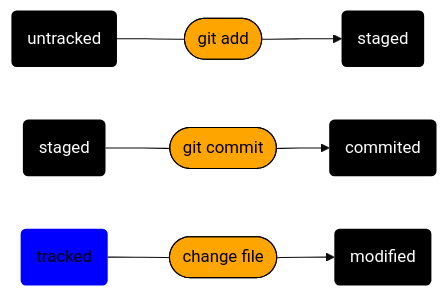
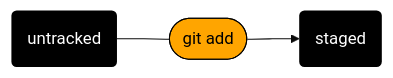
The second of 3 diagrams in README.md (Botalchik/Second-project), drawn with Mermaid (base theme) before and after one commit.

Commit message:
Создать гайд по Git: добавлены разделы Статусы в Git, подсказки; фикс формата

````diff
--- a/README.md
+++ b/README.md
@@ -69,9 +69,7 @@
 ```mermaid
 flowchart LR
 classDef class1 fill:#000000,stroke:#000000,stroke-width:0px,color:#fff
 classDef class2 fill:#ffa500,stroke:#000000,stroke-width:1px,color:#000000
 classDef class3 fill:#0000ff,stroke:#000000,stroke-width:0px,color:#000000
 A(untracked):::class1---B([git add]):::class2-->C(staged):::class1
-D(staged):::class1---E([git commit]):::class2-->F(commited):::class1
-G(tracked):::class3---H([change file]):::class2-->I(modified):::class1
 ```
````
